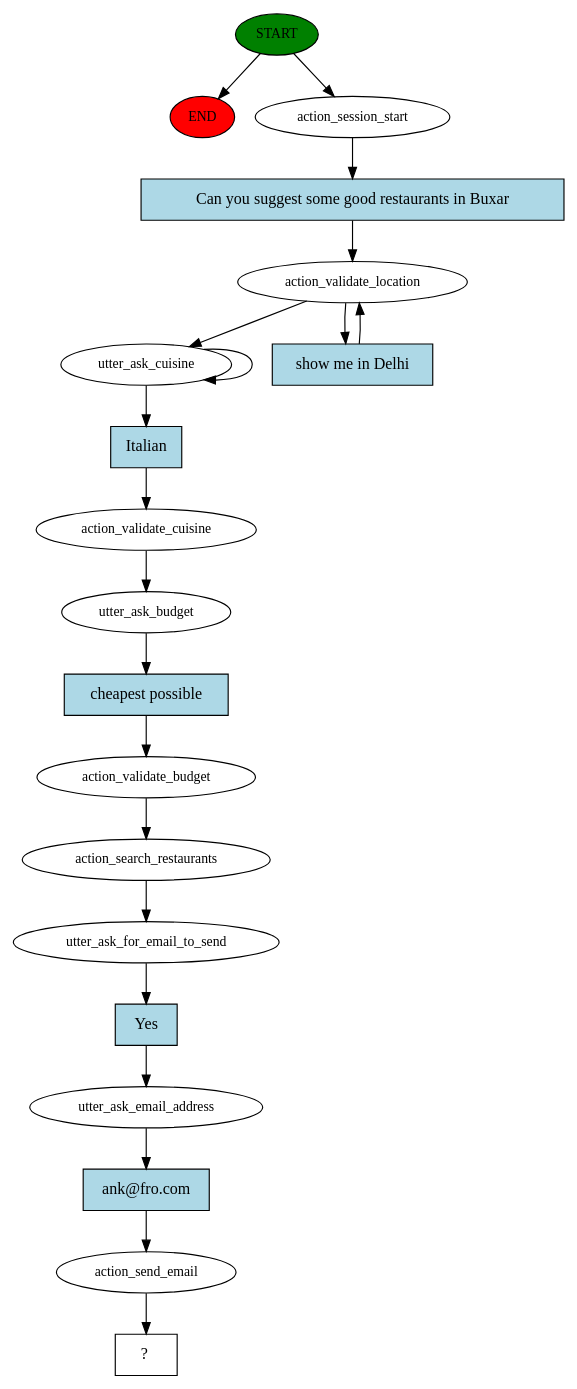
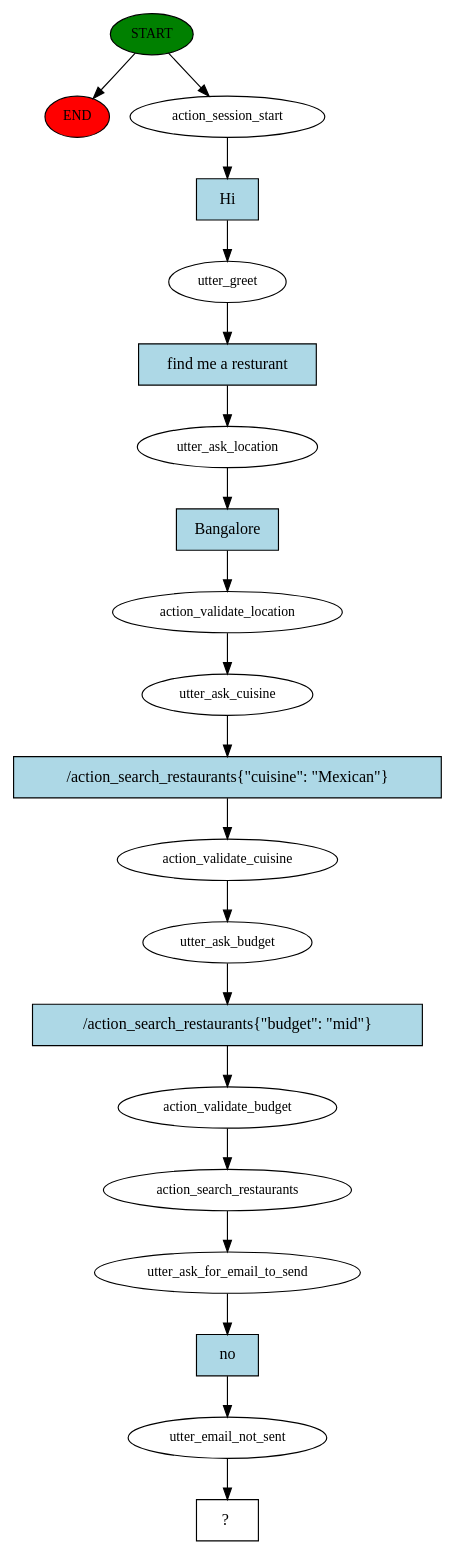
One commit to Ankursrivastavaaa/ChatBot changed the diagram in story_graph.dot. Above: the diagram before and after it, drawn with Graphviz. The commit also changed 3 other files, not shown here.

```diff
--- a/story_graph.dot
+++ b/story_graph.dot
@@ -1,41 +1,41 @@
 digraph  {
 0 [class="start active", fillcolor=green, fontsize=12, label=START, style=filled];
 "-1" [class=end, fillcolor=red, fontsize=12, label=END, style=filled];
 1 [class=active, fontsize=12, label=action_session_start];
-2 [class=active, fontsize=12, label=action_validate_location];
+2 [class=active, fontsize=12, label=utter_greet];
+3 [class=active, fontsize=12, label=utter_ask_location];
+4 [class=active, fontsize=12, label=action_validate_location];
 5 [class=active, fontsize=12, label=utter_ask_cuisine];
-7 [class=active, fontsize=12, label=action_validate_cuisine];
-8 [class=active, fontsize=12, label=utter_ask_budget];
-9 [class=active, fontsize=12, label=action_validate_budget];
-10 [class=active, fontsize=12, label=action_search_restaurants];
-11 [class=active, fontsize=12, label=utter_ask_for_email_to_send];
-12 [class=active, fontsize=12, label=utter_ask_email_address];
-13 [class=active, fontsize=12, label=action_send_email];
-14 [class="intent dashed active", label="  ?  ", shape=rect];
-15 [class="intent active", fillcolor=lightblue, label="Can you suggest some good restaurants in Buxar", shape=rect, style=filled];
-16 [class="intent active", fillcolor=lightblue, label="show me in Delhi", shape=rect, style=filled];
-17 [class="intent active", fillcolor=lightblue, label=Italian, shape=rect, style=filled];
-18 [class="intent active", fillcolor=lightblue, label="cheapest possible", shape=rect, style=filled];
-19 [class="intent active", fillcolor=lightblue, label=Yes, shape=rect, style=filled];
-20 [class="intent active", fillcolor=lightblue, label="ank@fro.com", shape=rect, style=filled];
+6 [class=active, fontsize=12, label=action_validate_cuisine];
+7 [class=active, fontsize=12, label=utter_ask_budget];
+8 [class=active, fontsize=12, label=action_validate_budget];
+9 [class=active, fontsize=12, label=action_search_restaurants];
+10 [class=active, fontsize=12, label=utter_ask_for_email_to_send];
+11 [class=active, fontsize=12, label=utter_email_not_sent];
+12 [class="intent dashed active", label="  ?  ", shape=rect];
+13 [class="intent active", fillcolor=lightblue, label=Hi, shape=rect, style=filled];
+14 [class="intent active", fillcolor=lightblue, label="find me a resturant", shape=rect, style=filled];
+15 [class="intent active", fillcolor=lightblue, label=Bangalore, shape=rect, style=filled];
+16 [class="intent active", fillcolor=lightblue, label="/action_search_restaurants{\"cuisine\": \"Mexican\"}", shape=rect, style=filled];
+17 [class="intent active", fillcolor=lightblue, label="/action_search_restaurants{\"budget\": \"mid\"}", shape=rect, style=filled];
+18 [class="intent active", fillcolor=lightblue, label=no, shape=rect, style=filled];
 0 -> "-1"  [class="", key=NONE, label=""];
 0 -> 1  [class=active, key=NONE, label=""];
-1 -> 15  [class=active, key=0];
-2 -> 5  [class=active, key=NONE, label=""];
-2 -> 16  [class=active, key=0];
-5 -> 5  [class=active, key=NONE, label=""];
-5 -> 17  [class=active, key=0];
-7 -> 8  [class=active, key=NONE, label=""];
-8 -> 18  [class=active, key=0];
+1 -> 13  [class=active, key=0];
+2 -> 14  [class=active, key=0];
+3 -> 15  [class=active, key=0];
+4 -> 5  [class=active, key=NONE, label=""];
+5 -> 16  [class=active, key=0];
+6 -> 7  [class=active, key=NONE, label=""];
+7 -> 17  [class=active, key=0];
+8 -> 9  [class=active, key=NONE, label=""];
 9 -> 10  [class=active, key=NONE, label=""];
-10 -> 11  [class=active, key=NONE, label=""];
-11 -> 19  [class=active, key=0];
-12 -> 20  [class=active, key=0];
-13 -> 14  [class=active, key=NONE, label=""];
-15 -> 2  [class=active, key=0];
-16 -> 2  [class=active, key=0];
-17 -> 7  [class=active, key=0];
-18 -> 9  [class=active, key=0];
-19 -> 12  [class=active, key=0];
-20 -> 13  [class=active, key=0];
+10 -> 18  [class=active, key=0];
+11 -> 12  [class=active, key=NONE, label=""];
+13 -> 2  [class=active, key=0];
+14 -> 3  [class=active, key=0];
+15 -> 4  [class=active, key=0];
+16 -> 6  [class=active, key=0];
+17 -> 8  [class=active, key=0];
+18 -> 11  [class=active, key=0];
 }
```
